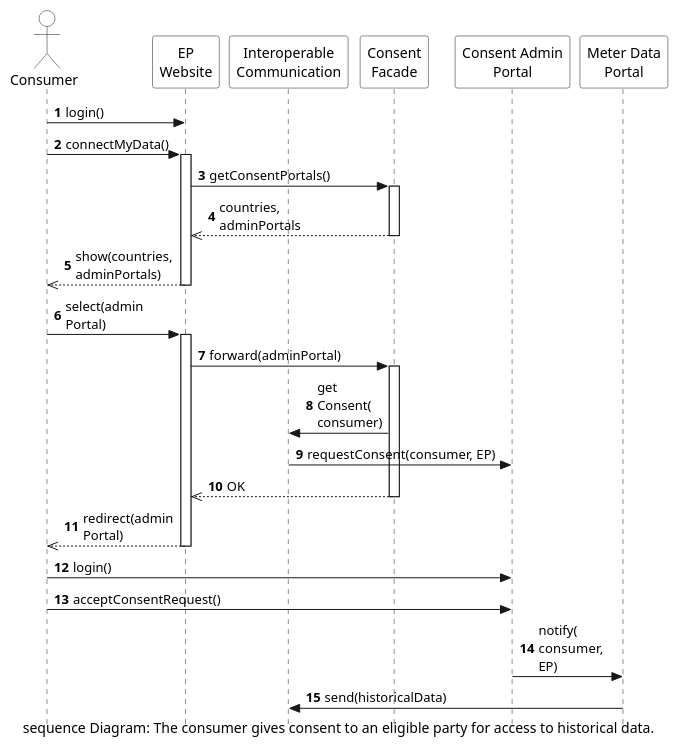
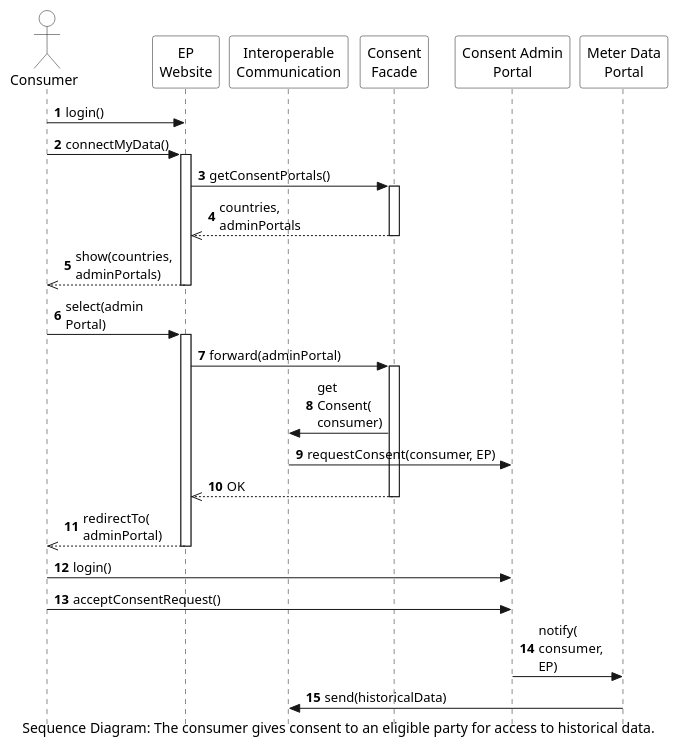
One commit to eddie-energy/architecture changed the diagram in arc42/06-runtime-view/figures/consent-for-historical-data-seq.puml. Above: the diagram before and after it, drawn with PlantUML. The commit also changed 48 other files, not shown here.

```diff
--- a/arc42/06-runtime-view/figures/consent-for-historical-data-seq.puml
+++ b/arc42/06-runtime-view/figures/consent-for-historical-data-seq.puml
@@ -1,47 +1,47 @@
 @startuml consent-for-historical-data-seq
 'sequence diagram
-caption sequence Diagram: The consumer gives consent to an eligible party for access to historical data.
+caption Sequence Diagram: The consumer gives consent to an eligible party for access to historical data.
 
 skinparam style strictuml
 skinparam sequence {
   ParticipantBackgroundColor transparent
   ActorBackgroundColor transparent
 }
 
 autonumber
 
 actor "Consumer" as user
 participant "EP\nWebsite" as website
 participant "Consent\nFacade" as facade
 participant "Interoperable\nCommunication" as comm
 participant "Consent\nFacade" as facade
 participant "Consent Admin\nPortal" as adminPortal
 participant "Meter Data\nPortal" as dataPortal
 
 user -> website : login()
 user -> website : connectMyData()
 activate website
   website -> facade : getConsentPortals()
     activate facade
     facade -->> website : countries,\nadminPortals
   deactivate facade
   website -->> user : show(countries,\nadminPortals)
 deactivate website
 
 user -> website : select(admin\nPortal)
 activate website
   website -> facade : forward(adminPortal)
   activate facade
     facade -> comm : get\nConsent(\nconsumer)
     comm -> adminPortal : requestConsent(consumer, EP)
     facade -->> website : OK
   deactivate facade
-  website -->> user : redirect(admin\nPortal)
+  website -->> user : redirectTo(\nadminPortal)
 deactivate website
 
 user -> adminPortal : login()
 user -> adminPortal : acceptConsentRequest()
 adminPortal -> dataPortal : notify(\nconsumer,\nEP)
 dataPortal -> comm : send(historicalData)
 
 @enduml
```
